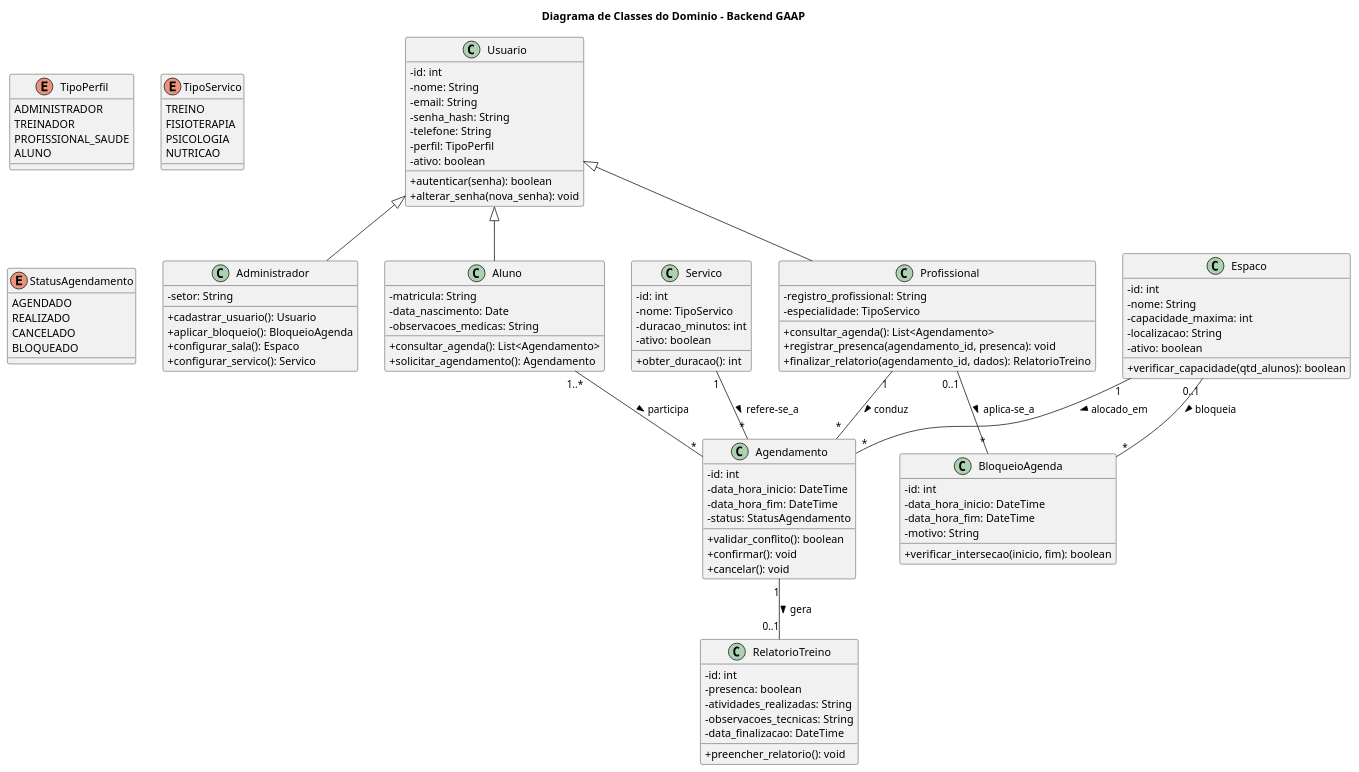
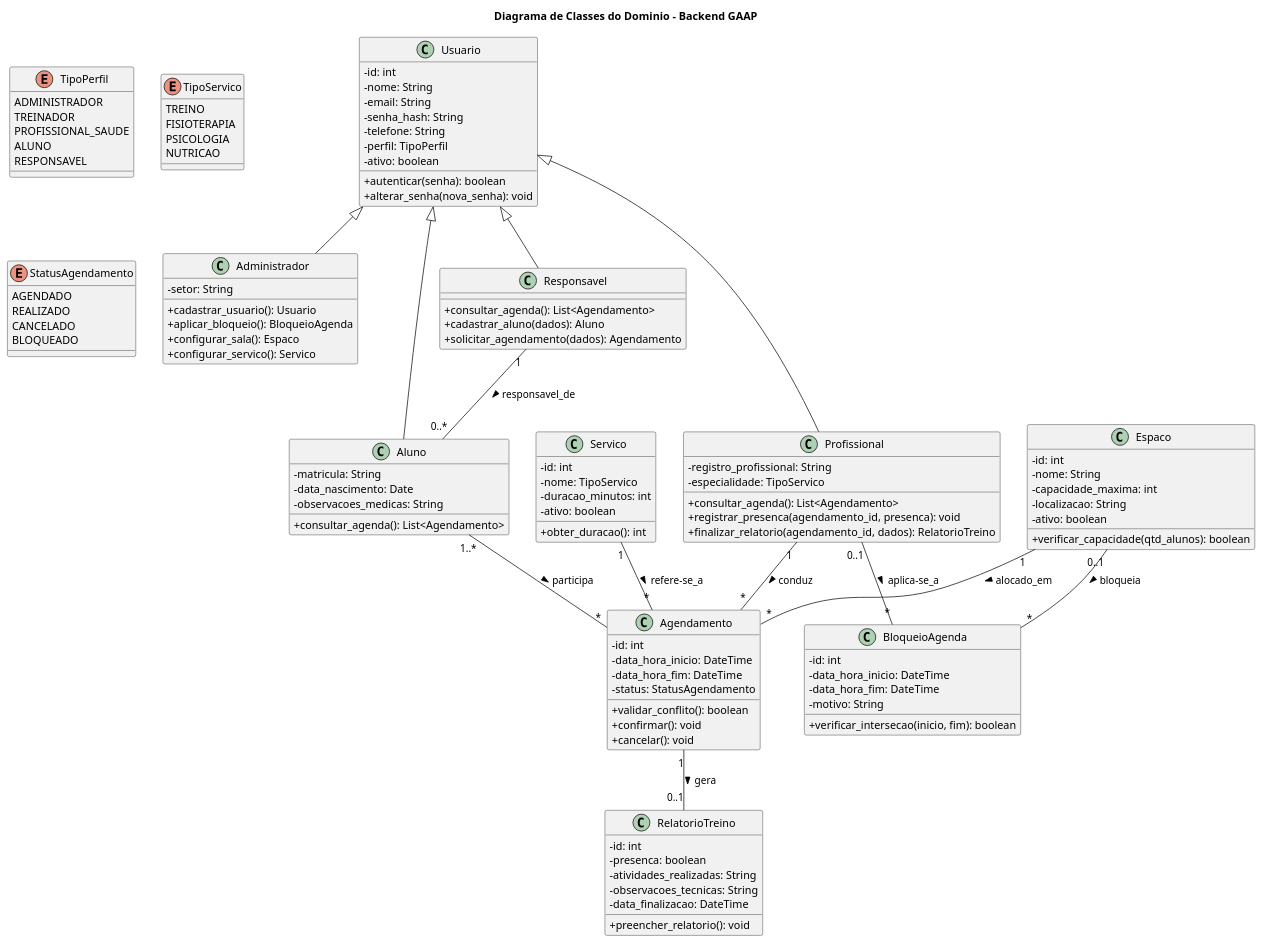
The diagram in docs/Elaboracao/diagrama_de_classes.md (Projetos-de-Extensao/PBE_26.2_8002_III), drawn with PlantUML before and after one commit. The commit also changed other lines of this file and 20 other files, not shown here.

```diff
--- a/docs/Elaboracao/diagrama_de_classes.md
+++ b/docs/Elaboracao/diagrama_de_classes.md
@@ -30,6 +30,7 @@
   TREINADOR
   PROFISSIONAL_SAUDE
   ALUNO
+  RESPONSAVEL
 }
 
 enum TipoServico {
@@ -79,7 +80,12 @@
   - data_nascimento: Date
   - observacoes_medicas: String
   + consultar_agenda(): List<Agendamento>
-  + solicitar_agendamento(): Agendamento
+}
+
+class Responsavel {
+  + consultar_agenda(): List<Agendamento>
+  + cadastrar_aluno(dados): Aluno
+  + solicitar_agendamento(dados): Agendamento
 }
 
 class Servico {
@@ -129,6 +135,8 @@
 Usuario <|-- Administrador
 Usuario <|-- Profissional
 Usuario <|-- Aluno
+Usuario <|-- Responsavel
+Responsavel "1" -- "0..*" Aluno : responsavel_de >
 
 Profissional "1" -- "*" Agendamento : conduz >
 Aluno "1..*" -- "*" Agendamento : participa >
```
